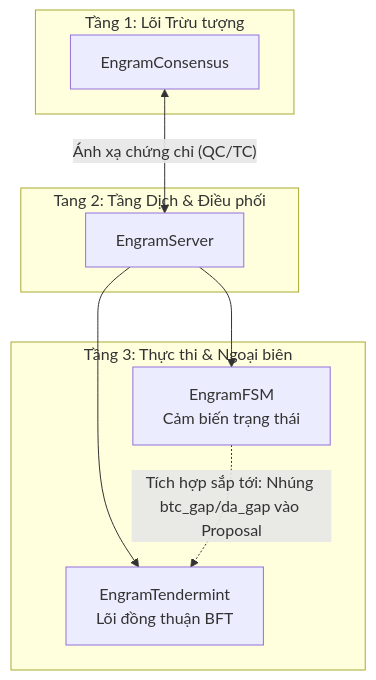
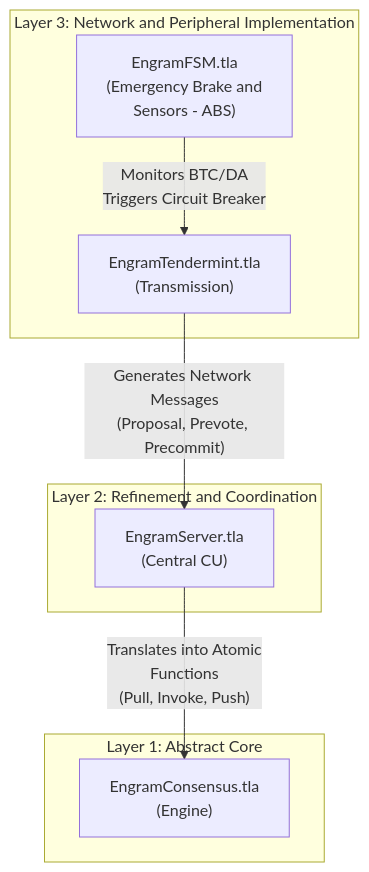
Before and after one commit to cuongct220020/engram-sovereign-fsm: the second of 3 diagrams in docs/spec/README.md, drawn with Mermaid. The commit also changed 15 other files, not shown here.

````diff
--- a/docs/spec/README.md
+++ b/docs/spec/README.md
@@ -403,21 +403,19 @@
 ```mermaid
 graph TD
-    subgraph Tang_1 ["Tầng 1: Lõi Trừu tượng"]
-        C["EngramConsensus"]
+    subgraph Layer_1 ["Layer 1: Abstract Core"]
+        C["EngramConsensus.tla<br>(Engine)"]
     end
 
-    subgraph Tang_2 ["Tang 2: Tầng Dịch & Điều phối"]
-        S["EngramServer"]
+    subgraph Layer_2 ["Layer 2: Refinement and Coordination"]
+        S["EngramServer.tla<br>(Central CU)"]
     end
 
-    subgraph Tang_3 ["Tầng 3: Thực thi & Ngoại biên"]
-        FSM["EngramFSM<br>Cảm biến trạng thái"]
-        TM["EngramTendermint<br>Lõi đồng thuận BFT"]
+    subgraph Layer_3 ["Layer 3: Network and Peripheral Implementation"]
+        TM["EngramTendermint.tla<br>(Transmission)"]
+        FSM["EngramFSM.tla<br>(Emergency Brake and <br>Sensors - ABS)"]
     end
 
-    C <-- "Ánh xạ chứng chỉ (QC/TC)" --> S
-    S --> FSM
-    S --> TM
-
-    FSM -. "Tích hợp sắp tới: Nhúng btc_gap/da_gap vào Proposal" .-> TM
+    FSM -- "Monitors BTC/DA<br>Triggers Circuit Breaker" --> TM
+    TM -- "Generates Network Messages<br>(Proposal, Prevote, <br>Precommit)" --> S
+    S -- "Translates into Atomic <br>Functions <br>(Pull, Invoke, Push)" --> C
 ```
````
